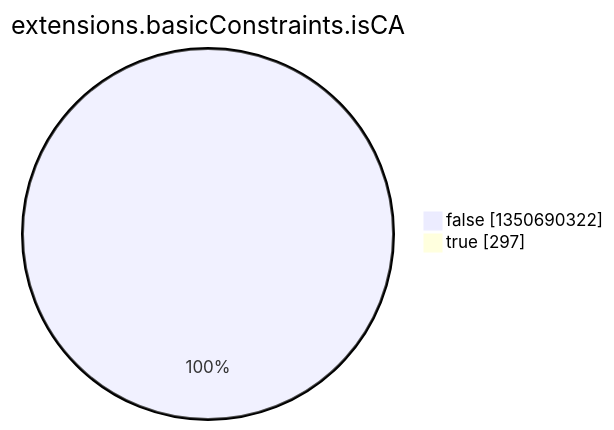
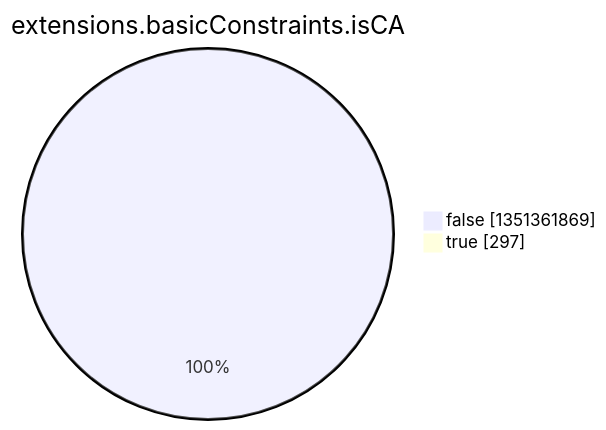
The eighth of 15 diagrams in argon2022/README.md (christiankrug/ctmonitor_visualization), drawn with Mermaid before and after one commit. The commit also changed other lines of this file, not shown here.

````diff
--- a/argon2022/README.md
+++ b/argon2022/README.md
@@ -2758,6 +2758,6 @@
 ```mermaid
 pie showData
 title extensions.basicConstraints.isCA
-"false" :1350690322
+"false" :1351361869
 "true" :297
 ```
````
